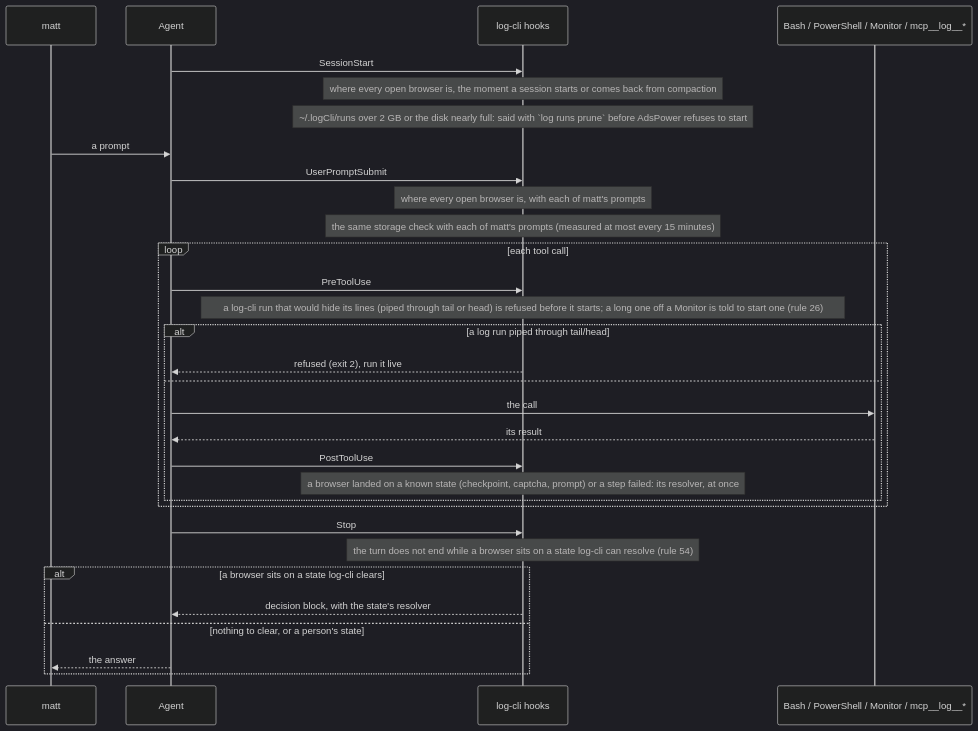
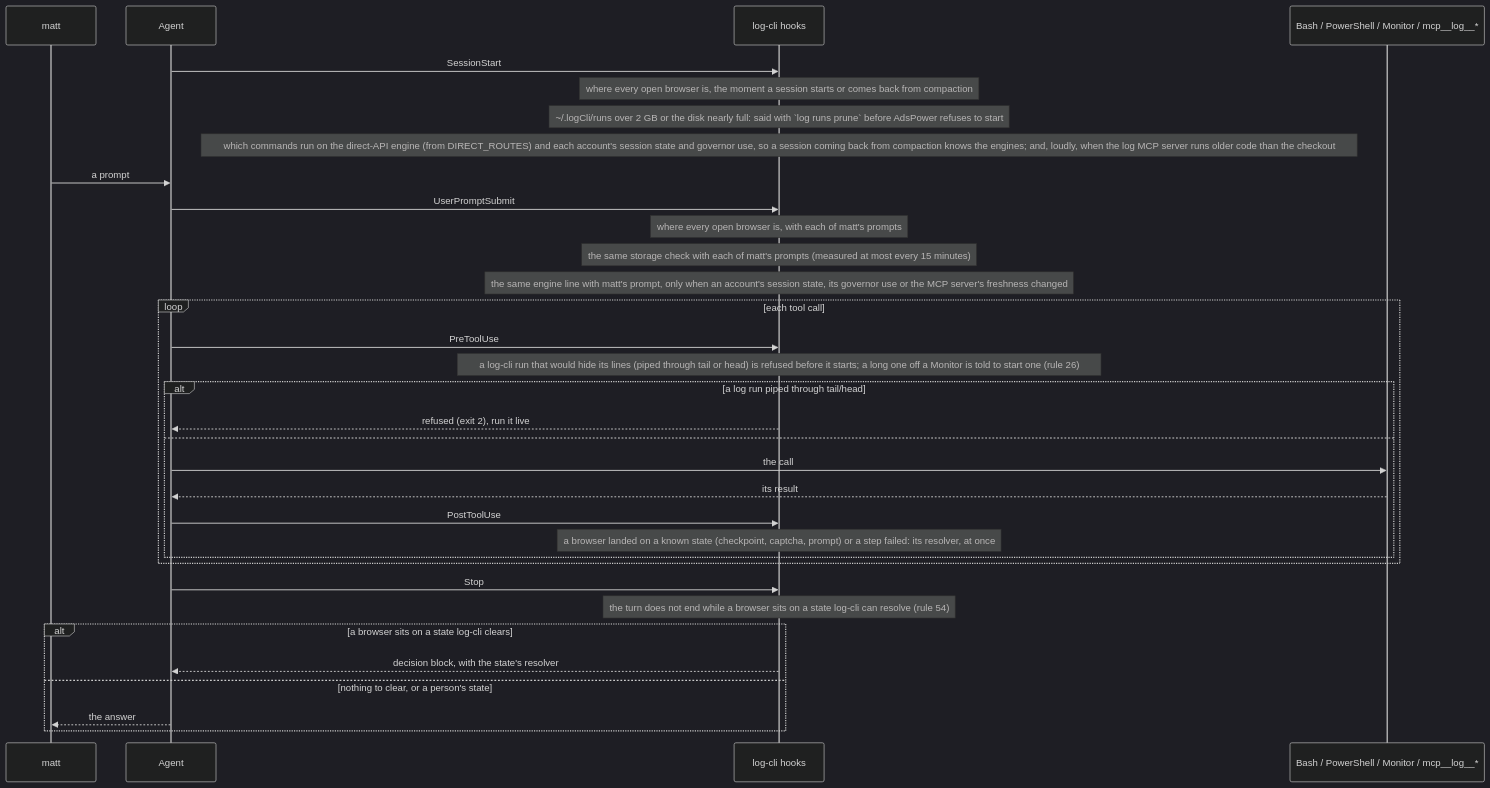
The diagram in docs/diagrams/hooks.mmd (matthewdonsemail-lab/log), drawn with Mermaid (dark theme) before and after one commit. The commit also changed 39 other files, not shown here.

First line of the commit message:
feat(directApi): fbk's login state decides the direct path, one governor per account, engine declared in code

```diff
--- a/docs/diagrams/hooks.mmd
+++ b/docs/diagrams/hooks.mmd
@@ -1,33 +1,35 @@
 %% The hooks in one turn. Written from `AGENT_HOOKS` (`src/agentHooks/registry`); the same list gives Claude Code's `.claude/settings.json` and Codex's `.codex/hooks.json`.
 %% Written by `bun run docs:build` from the code (rule 56). Not edited by hand.
 sequenceDiagram
   participant matt
   participant Agent
   participant Hook as log-cli hooks
   participant Tool as Bash / PowerShell / Monitor / mcp__log__*
   Agent->>Hook: SessionStart
   Note over Hook: where every open browser is, the moment a session starts or comes back from compaction
   Note over Hook: ~/.logCli/runs over 2 GB or the disk nearly full: said with `log runs prune` before AdsPower refuses to start
+  Note over Hook: which commands run on the direct-API engine (from DIRECT_ROUTES) and each account's session state and governor use, so a session coming back from compaction knows the engines#59; and, loudly, when the log MCP server runs older code than the checkout
   matt->>Agent: a prompt
   Agent->>Hook: UserPromptSubmit
   Note over Hook: where every open browser is, with each of matt's prompts
   Note over Hook: the same storage check with each of matt's prompts (measured at most every 15 minutes)
+  Note over Hook: the same engine line with matt's prompt, only when an account's session state, its governor use or the MCP server's freshness changed
   loop each tool call
     Agent->>Hook: PreToolUse
     Note over Hook: a log-cli run that would hide its lines (piped through tail or head) is refused before it starts#59; a long one off a Monitor is told to start one (rule 26)
     alt a log run piped through tail/head
       Hook-->>Agent: refused (exit 2), run it live
     else
       Agent->>Tool: the call
       Tool-->>Agent: its result
       Agent->>Hook: PostToolUse
     Note over Hook: a browser landed on a known state (checkpoint, captcha, prompt) or a step failed: its resolver, at once
     end
   end
   Agent->>Hook: Stop
   Note over Hook: the turn does not end while a browser sits on a state log-cli can resolve (rule 54)
   alt a browser sits on a state log-cli clears
     Hook-->>Agent: decision block, with the state's resolver
   else nothing to clear, or a person's state
     Agent-->>matt: the answer
   end
```
